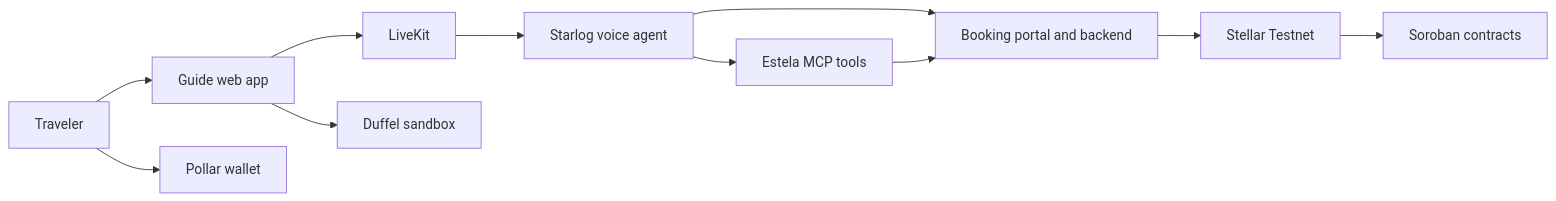
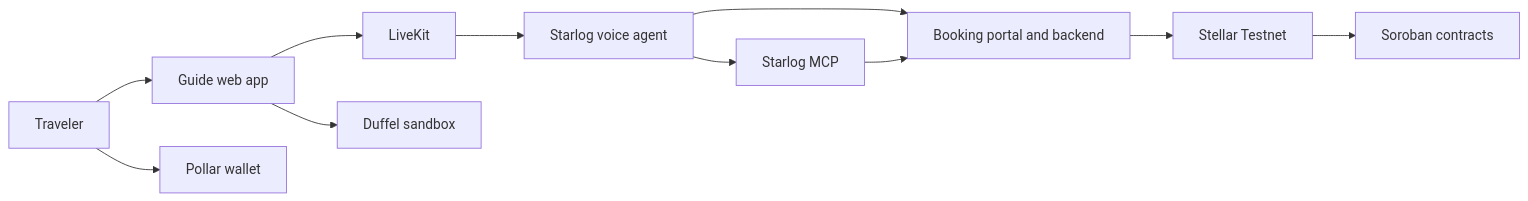
One commit to yedidromero/Starlog changed the diagram in README.md. Above: the diagram before and after it, drawn with Mermaid. The commit also changed other lines of this file and 8 other files, not shown here.

Commit message:
Name the agent server Starlog MCP

```diff
--- a/README.md
+++ b/README.md
@@ -32,13 +32,13 @@
 ~~~mermaid
 flowchart LR
   Traveler --> Guide[Guide web app]
   Guide --> LiveKit[LiveKit]
   LiveKit --> Agent[Starlog voice agent]
-  Agent --> MCP[Estela MCP tools]
+  Agent --> MCP[Starlog MCP]
   Guide --> Duffel[Duffel sandbox]
   Agent --> Web[Booking portal and backend]
   MCP --> Web
   Web --> Stellar[Stellar Testnet]
   Stellar --> Soroban[Soroban contracts]
   Traveler --> Pollar[Pollar wallet]
 ~~~
```
